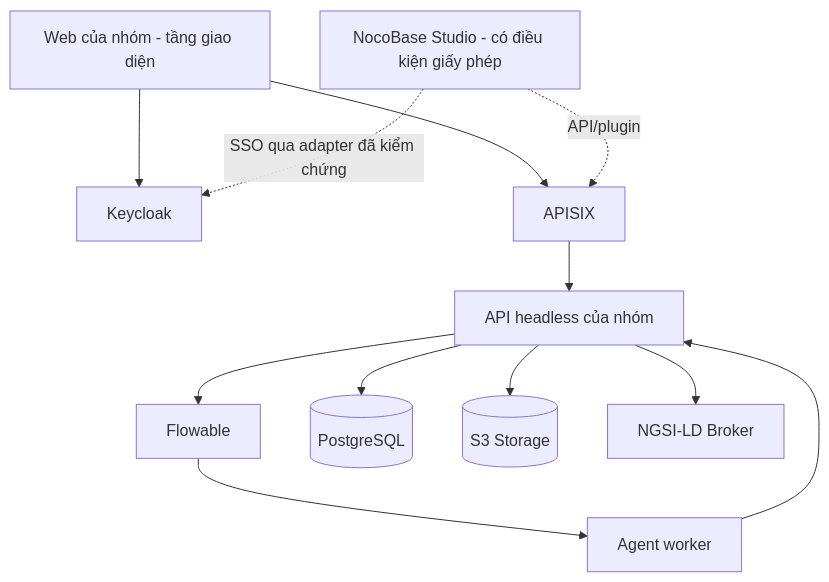
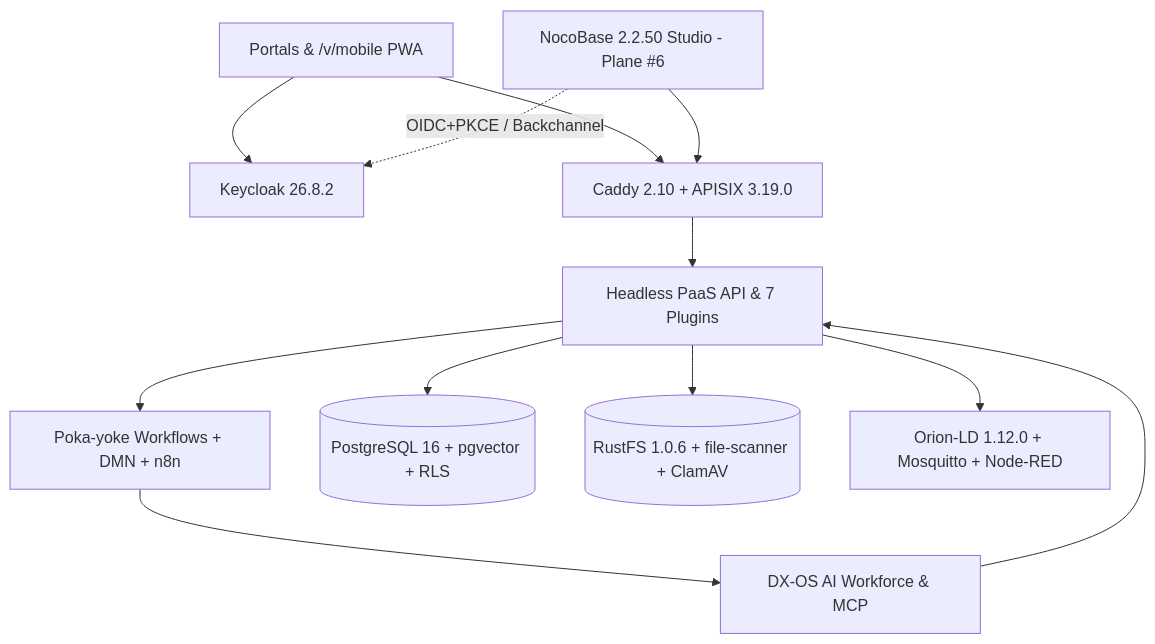
The diagram in docs/dx-os-minimum-design.md (CTU-OpenPaw/lattice-dx), drawn with Mermaid before and after one commit. The commit also changed other lines of this file and 9 other files, not shown here.

````diff
--- a/docs/dx-os-minimum-design.md
+++ b/docs/dx-os-minimum-design.md
@@ -33,24 +31,24 @@
 ```mermaid
 flowchart TB
-  Web[Web của nhóm - tầng giao diện]
-  Studio[NocoBase Studio - có điều kiện giấy phép]
-  Identity[Keycloak]
-  Gateway[APISIX]
-  API[API headless của nhóm]
-  Workflow[Flowable]
-  DB[(PostgreSQL)]
-  Files[(S3 Storage)]
-  Broker[NGSI-LD Broker]
-  Worker[Agent worker]
+  Web[Portals & /v/mobile PWA]
+  Studio[NocoBase 2.2.50 Studio - Plane #6]
+  Identity[Keycloak 26.8.2]
+  Gateway[Caddy 2.10 + APISIX 3.19.0]
+  API[Headless PaaS API & 7 Plugins]
+  Workflow[Poka-yoke Workflows + DMN + n8n]
+  DB[(PostgreSQL 16 + pgvector + RLS)]
+  Files[(RustFS 1.0.6 + file-scanner + ClamAV)]
+  Broker[Orion-LD 1.12.0 + Mosquitto + Node-RED]
+  Worker[DX-OS AI Workforce & MCP]
   Web --> Identity
-  Studio -. SSO qua adapter đã kiểm chứng .-> Identity
+  Studio -. OIDC+PKCE / Backchannel .-> Identity
   Web --> Gateway
-  Studio -. API/plugin .-> Gateway
+  Studio --> Gateway
   Gateway --> API
   API --> DB
   API --> Files
   API --> Workflow
   API --> Broker
   Workflow --> Worker
   Worker --> API
 ```
````
